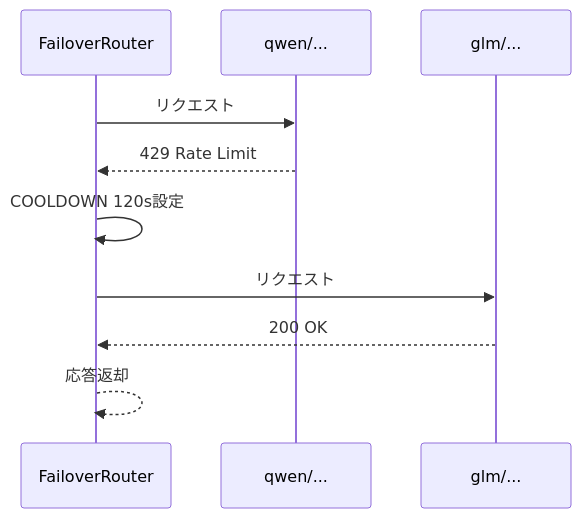
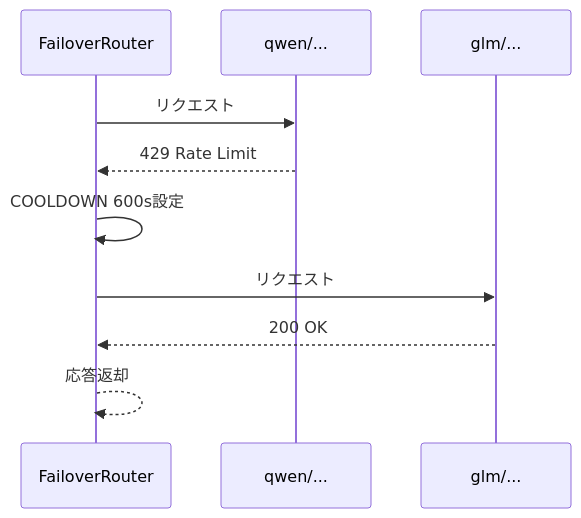
The fourth of 4 diagrams in docs/how-it-works_jp.md (tokkkie/free-model-router), drawn with Mermaid before and after one commit. The commit also changed other lines of this file and 8 other files, not shown here.

````diff
--- a/docs/how-it-works_jp.md
+++ b/docs/how-it-works_jp.md
@@ -151,13 +151,13 @@
 ```mermaid
 sequenceDiagram
     participant FR as FailoverRouter
     participant qwen as qwen/...
     participant glm as glm/...
 
     FR->>qwen: リクエスト
     qwen-->>FR: 429 Rate Limit
-    FR->>FR: COOLDOWN 120s設定
+    FR->>FR: COOLDOWN 600s設定
     FR->>glm: リクエスト
     glm-->>FR: 200 OK
     FR-->>FR: 応答返却
 ```
````
